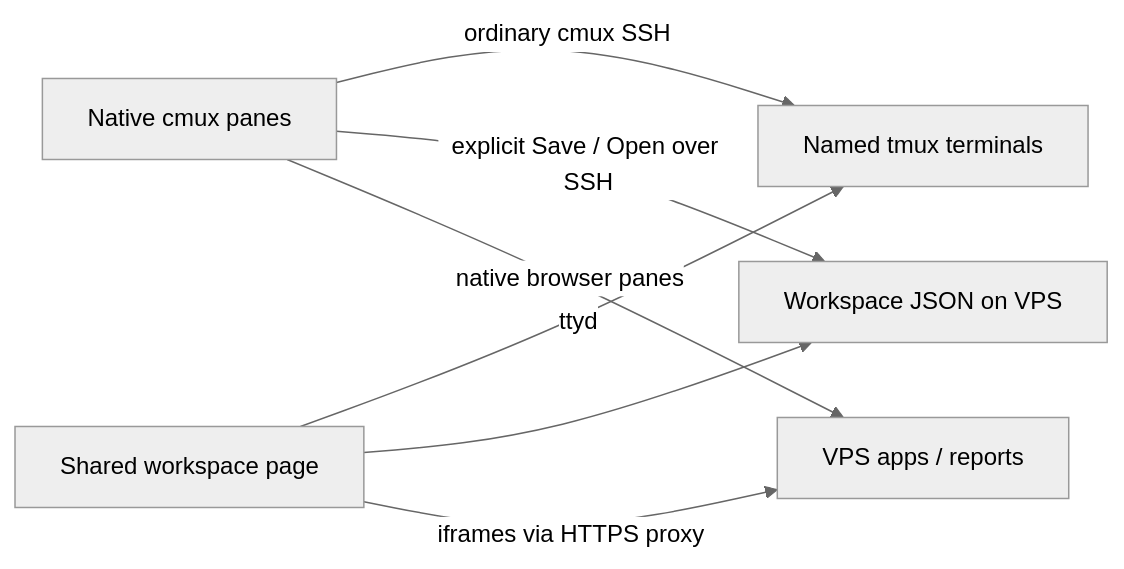
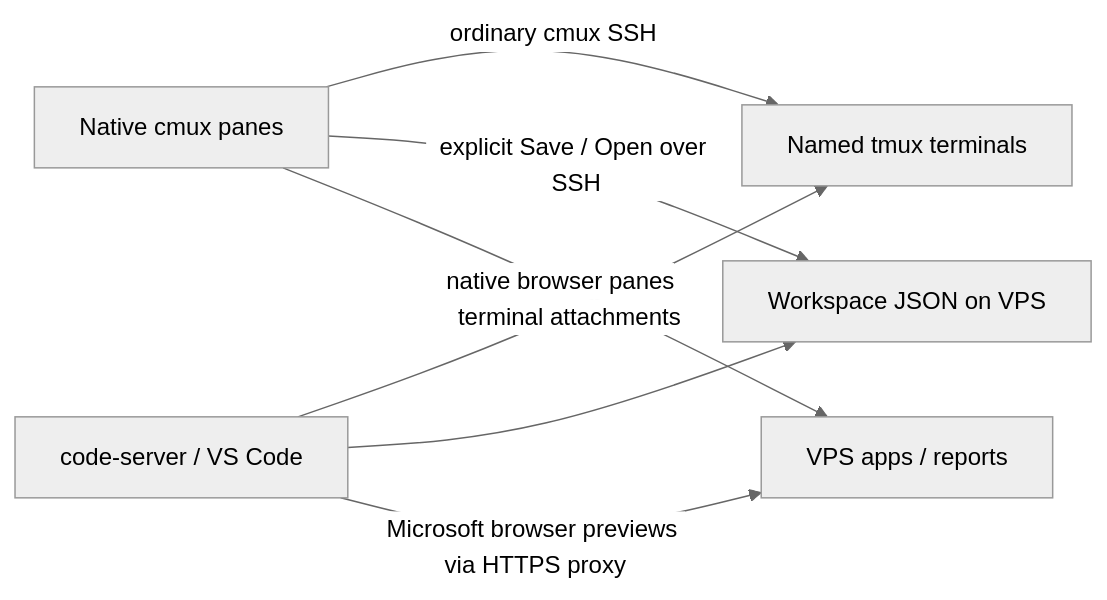
Before and after one commit to drPod/vps-workspaces: the diagram in README.md, drawn with Mermaid (neutral theme). The commit also changed other lines of this file and 33 other files, not shown here.

Commit message:
Open shared workspaces in code-server using existing extension implementations

````diff
--- a/README.md
+++ b/README.md
@@ -11,9 +11,9 @@
 ```mermaid
 flowchart LR
   Mac["Native cmux panes"] -->|ordinary cmux SSH| TM["Named tmux terminals"]
   Mac -->|explicit Save / Open over SSH| JSON["Workspace JSON on VPS"]
-  Web["Shared workspace page"] -->|ttyd| TM
+  Web["code-server / VS Code"] -->|terminal attachments| TM
   Web --> JSON
-  Web -->|iframes via HTTPS proxy| Apps["VPS apps / reports"]
+  Web -->|Microsoft browser previews via HTTPS proxy| Apps["VPS apps / reports"]
   Mac -->|native browser panes| Apps
 ```
````
